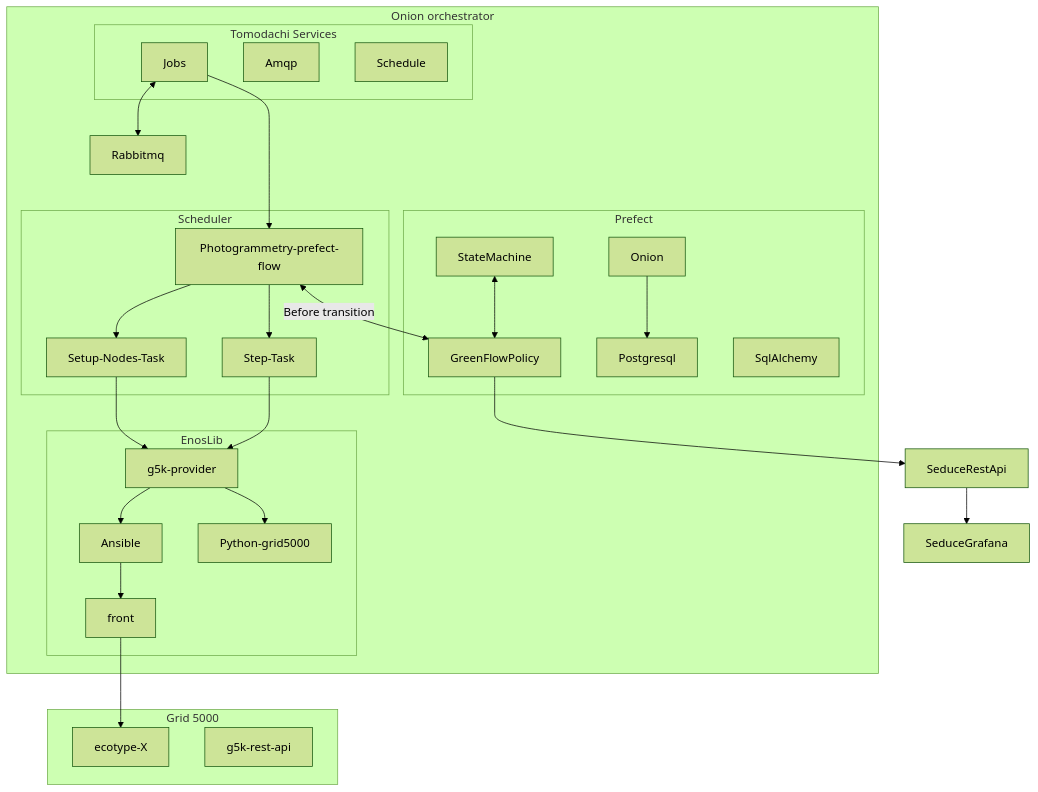
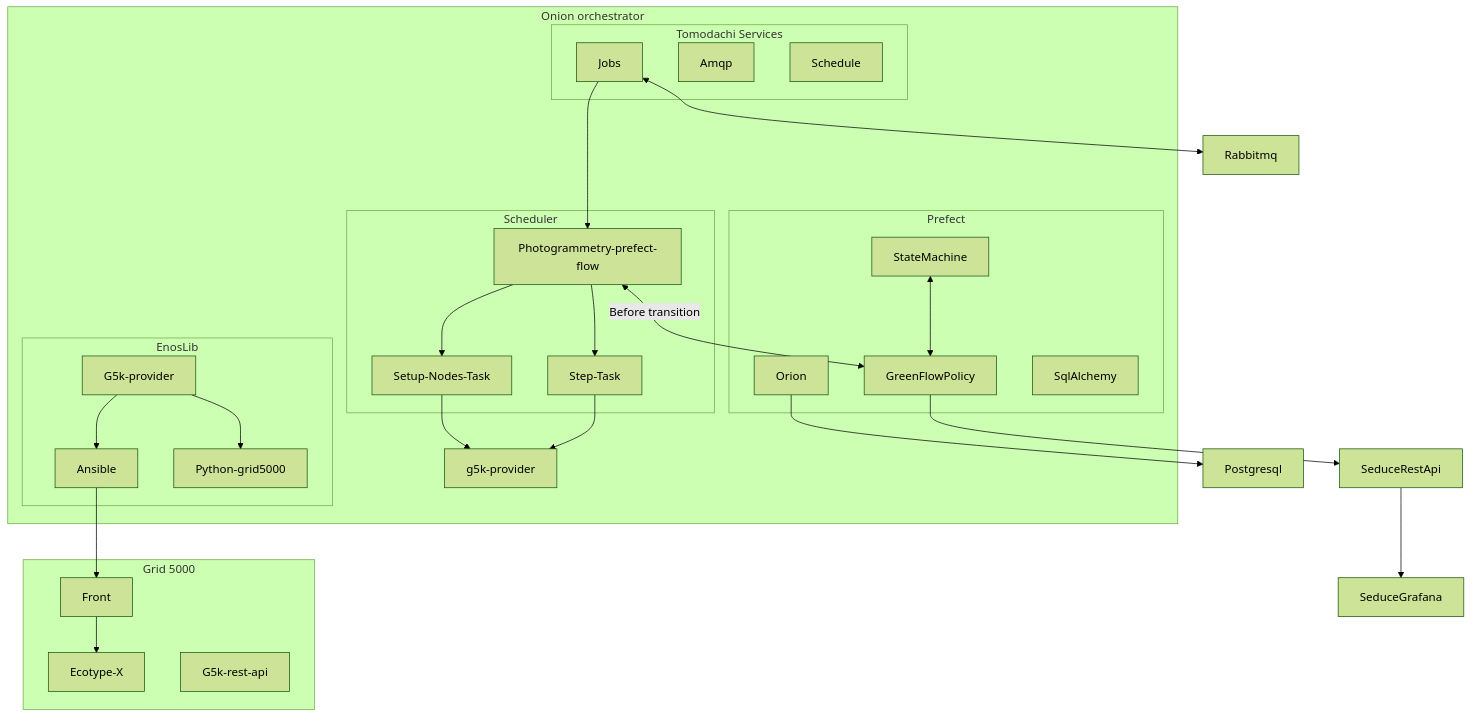
Before and after one commit to naomesh/naomesh-onion-orchestrator: the diagram in README.md, drawn with Mermaid (forest theme). The commit also changed other lines of this file and 2 other files, not shown here.

Commit message:
docs: add asyncapi schema and small typos fix

````diff
--- a/README.md
+++ b/README.md
@@ -31,46 +31,45 @@
 ```mermaid
 flowchart TD
     GreenFlowPolicy --> SeduceRestApi
     SeduceRestApi --> SeduceGrafana
     subgraph Onion orchestrator
     subgraph Prefect
-    Onion-->Postgresql
+    Orion
     StateMachine
     GreenFlowPolicy
     SqlAlchemy
     end
     subgraph Scheduler
         Photogrammetry-prefect-flow
         Setup-Nodes-Task
         Step-Task
 
     end
     Photogrammetry-prefect-flow <-->|Before transition| GreenFlowPolicy
     StateMachine <--> GreenFlowPolicy
     Jobs ---> Photogrammetry-prefect-flow
-    Jobs <--> Rabbitmq
     Setup-Nodes-Task --> g5k-provider
     Step-Task --> g5k-provider
     Photogrammetry-prefect-flow --> Setup-Nodes-Task
     Photogrammetry-prefect-flow --> Step-Task
     subgraph EnosLib
-    Ansible --> front
 
-    g5k-provider --> Ansible
-    g5k-provider --> Python-grid5000
+    G5k-provider --> Ansible
+    G5k-provider --> Python-grid5000
     Python-grid5000
     end
     subgraph Tomodachi Services
     Jobs
     Amqp
     Schedule
     end
     end
     subgraph Grid 5000
-    ecotype-X
-    g5k-rest-api
-    front --> ecotype-X
+    Ecotype-X
+    G5k-rest-api
+    Ansible --> Front
+    Front --> Ecotype-X
     end
-    Rabbitmq
-    Postgresql
+    Jobs <--> Rabbitmq
+    Orion-->Postgresql
 ```
````
